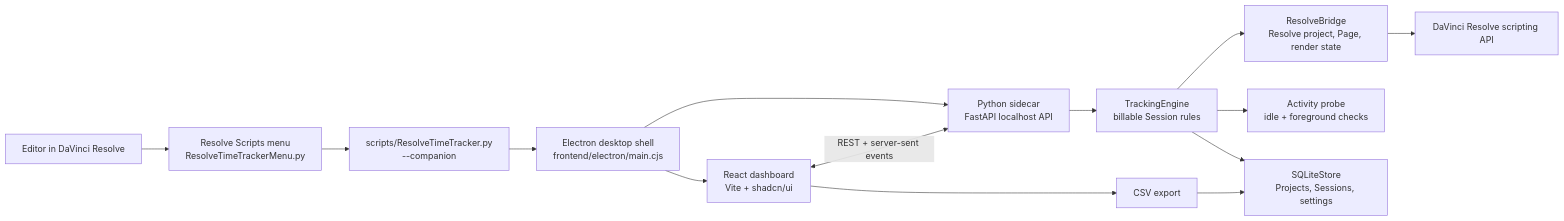
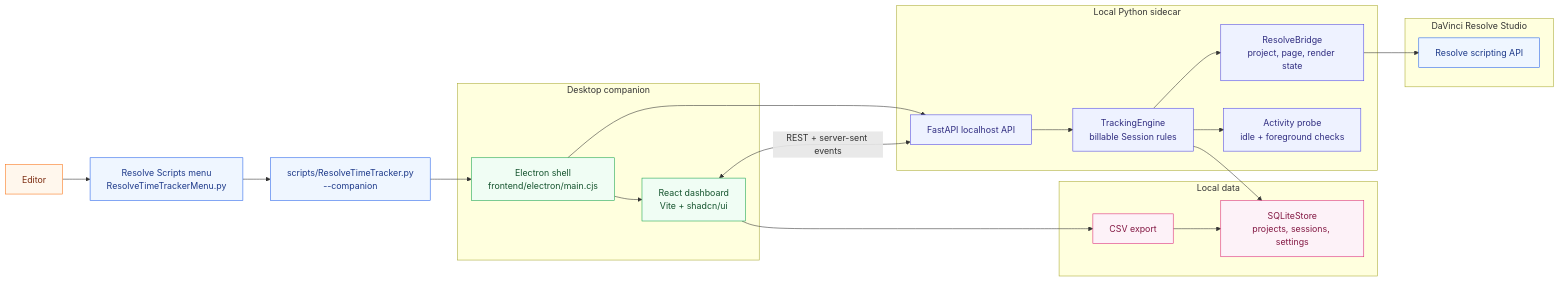
Before and after one commit to Today20092/Davinci-Resolve-TimeTracker: the first of 2 diagrams in README.md, drawn with Mermaid. The commit also changed other lines of this file, not shown here.

Commit message:
Clarify architecture diagrams in README

````diff
--- a/README.md
+++ b/README.md
@@ -115,16 +115,50 @@
 ```mermaid
 flowchart LR
-  User["Editor in DaVinci Resolve"] --> Menu["Resolve Scripts menu<br/>ResolveTimeTrackerMenu.py"]
+  User["Editor"] --> Menu["Resolve Scripts menu<br/>ResolveTimeTrackerMenu.py"]
   Menu --> Entry["scripts/ResolveTimeTracker.py<br/>--companion"]
-  Entry --> Electron["Electron desktop shell<br/>frontend/electron/main.cjs"]
-  Electron --> Sidecar["Python sidecar<br/>FastAPI localhost API"]
-  Electron --> React["React dashboard<br/>Vite + shadcn/ui"]
+
+  subgraph Desktop["Desktop companion"]
+    Electron["Electron shell<br/>frontend/electron/main.cjs"]
+    React["React dashboard<br/>Vite + shadcn/ui"]
+  end
+
+  subgraph Backend["Local Python sidecar"]
+    Sidecar["FastAPI localhost API"]
+    Engine["TrackingEngine<br/>billable Session rules"]
+    Bridge["ResolveBridge<br/>project, page, render state"]
+    Activity["Activity probe<br/>idle + foreground checks"]
+  end
+
+  subgraph Resolve["DaVinci Resolve Studio"]
+    ResolveApi["Resolve scripting API"]
+  end
+
+  subgraph Data["Local data"]
+    Store["SQLiteStore<br/>projects, sessions, settings"]
+    Csv["CSV export"]
+  end
+
+  Entry --> Electron
+  Electron --> Sidecar
+  Electron --> React
   React <-->|REST + server-sent events| Sidecar
-  Sidecar --> Engine["TrackingEngine<br/>billable Session rules"]
-  Engine --> Bridge["ResolveBridge<br/>Resolve project, Page, render state"]
-  Bridge --> Resolve["DaVinci Resolve scripting API"]
-  Engine --> Activity["Activity probe<br/>idle + foreground checks"]
-  Engine --> Store["SQLiteStore<br/>Projects, Sessions, settings"]
-  React --> Csv["CSV export"]
+  Sidecar --> Engine
+  Engine --> Bridge
+  Bridge --> ResolveApi
+  Engine --> Activity
+  Engine --> Store
+  React --> Csv
   Csv --> Store
+
+  classDef user fill:#fff7ed,stroke:#f97316,color:#7c2d12
+  classDef resolve fill:#eff6ff,stroke:#2563eb,color:#1e3a8a
+  classDef desktop fill:#f0fdf4,stroke:#16a34a,color:#14532d
+  classDef backend fill:#eef2ff,stroke:#4f46e5,color:#312e81
+  classDef data fill:#fdf2f8,stroke:#db2777,color:#831843
+
+  class User user
+  class Menu,Entry,ResolveApi resolve
+  class Electron,React desktop
+  class Sidecar,Engine,Bridge,Activity backend
+  class Store,Csv data
 ```
````
